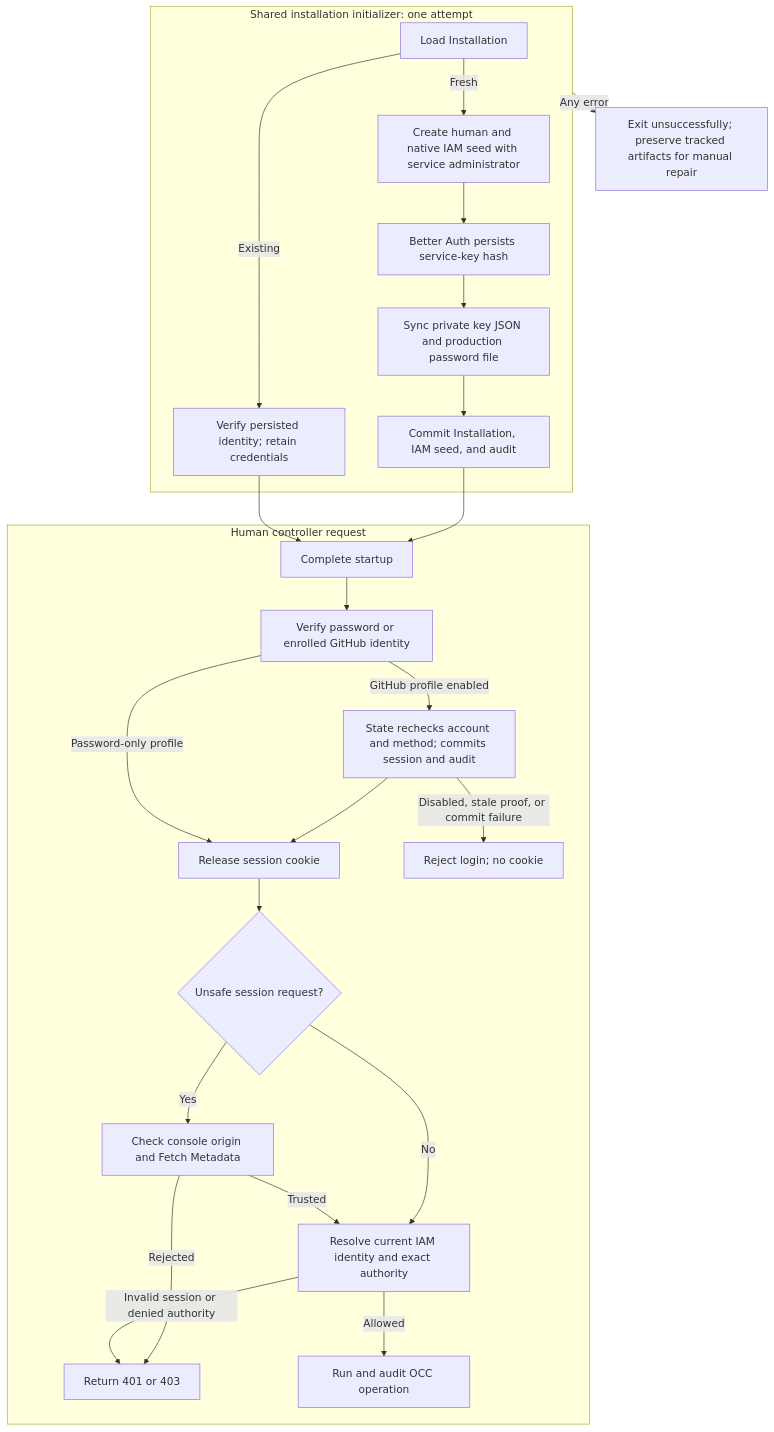
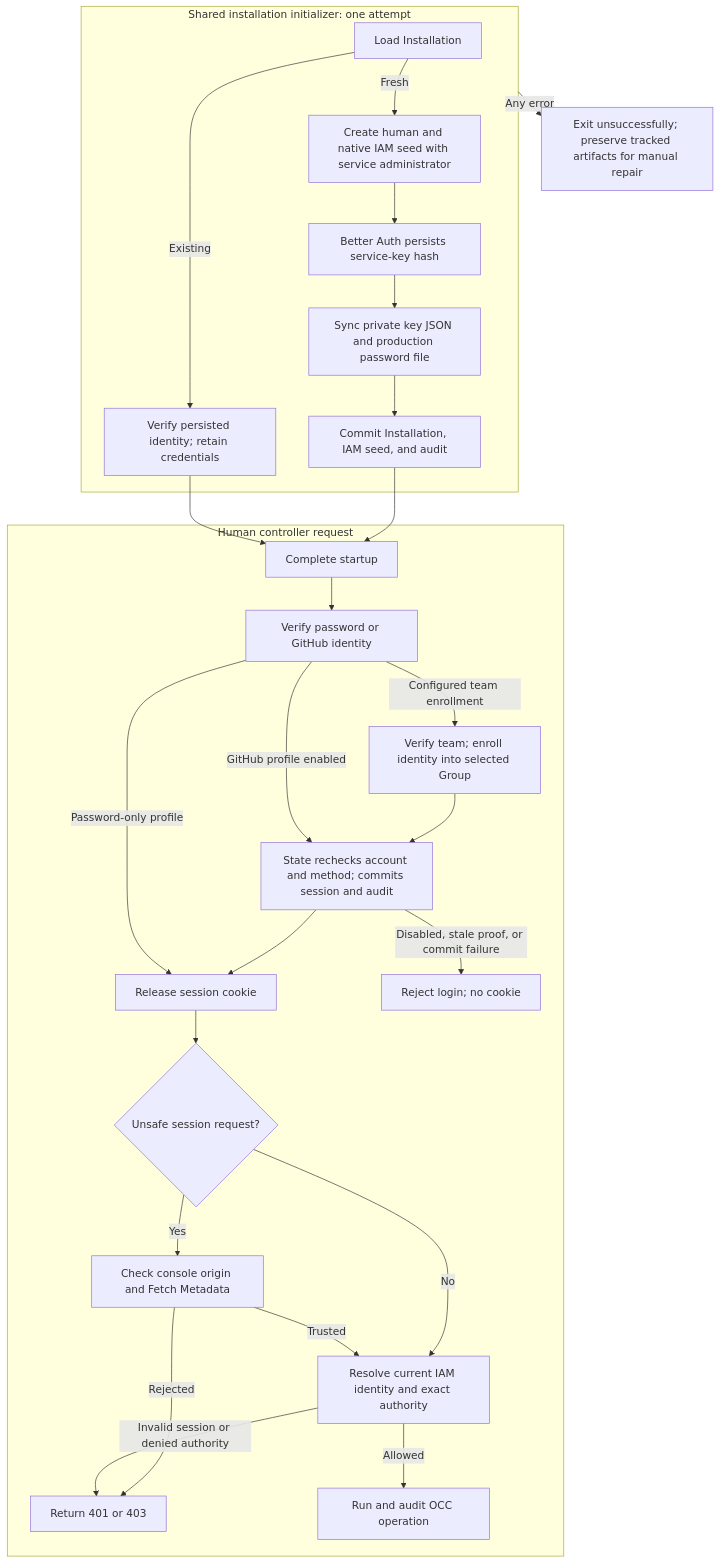
Before and after one commit to openclaw/openclaw-enterprise: the diagram in docs/flows/local-password-authentication.md, drawn with Mermaid. The commit also changed other lines of this file and 22 other files, not shown here.

Commit message:
Enroll GitHub team members in an existing IAM Group at sign-in

````diff
--- a/docs/flows/local-password-authentication.md
+++ b/docs/flows/local-password-authentication.md
@@ -34,27 +32,29 @@
 ```mermaid
 graph TD
   subgraph Bootstrap["Shared installation initializer: one attempt"]
     A["Load Installation"] -->|Existing| B["Verify persisted identity; retain credentials"]
     A -->|Fresh| C["Create human and native IAM seed with service administrator"]
     C --> D["Better Auth persists service-key hash"]
     D --> E["Sync private key JSON and production password file"]
     E --> F["Commit Installation, IAM seed, and audit"]
   end
   F --> G["Complete startup"]
   B --> G
   Bootstrap -->|Any error| H["Exit unsuccessfully; preserve tracked artifacts for manual repair"]
   subgraph Request["Human controller request"]
-    G --> P["Verify password or enrolled GitHub identity"]
+    G --> P["Verify password or GitHub identity"]
+    P -->|Configured team enrollment| T["Verify team; enroll identity into selected Group"]
+    T --> Q
     P -->|GitHub profile enabled| Q["State rechecks account and method; commits session and audit"]
     Q --> J["Release session cookie"]
     P -->|Password-only profile| J
     Q -->|Disabled, stale proof, or commit failure| R["Reject login; no cookie"]
     J --> N{"Unsafe session request?"}
     N -->|Yes| O["Check console origin and Fetch Metadata"]
     N -->|No| K["Resolve current IAM identity and exact authority"]
     O -->|Trusted| K
     O -->|Rejected| M
     K -->|Allowed| L["Run and audit OCC operation"]
     K -->|Invalid session or denied authority| M["Return 401 or 403"]
   end
 ```
````
